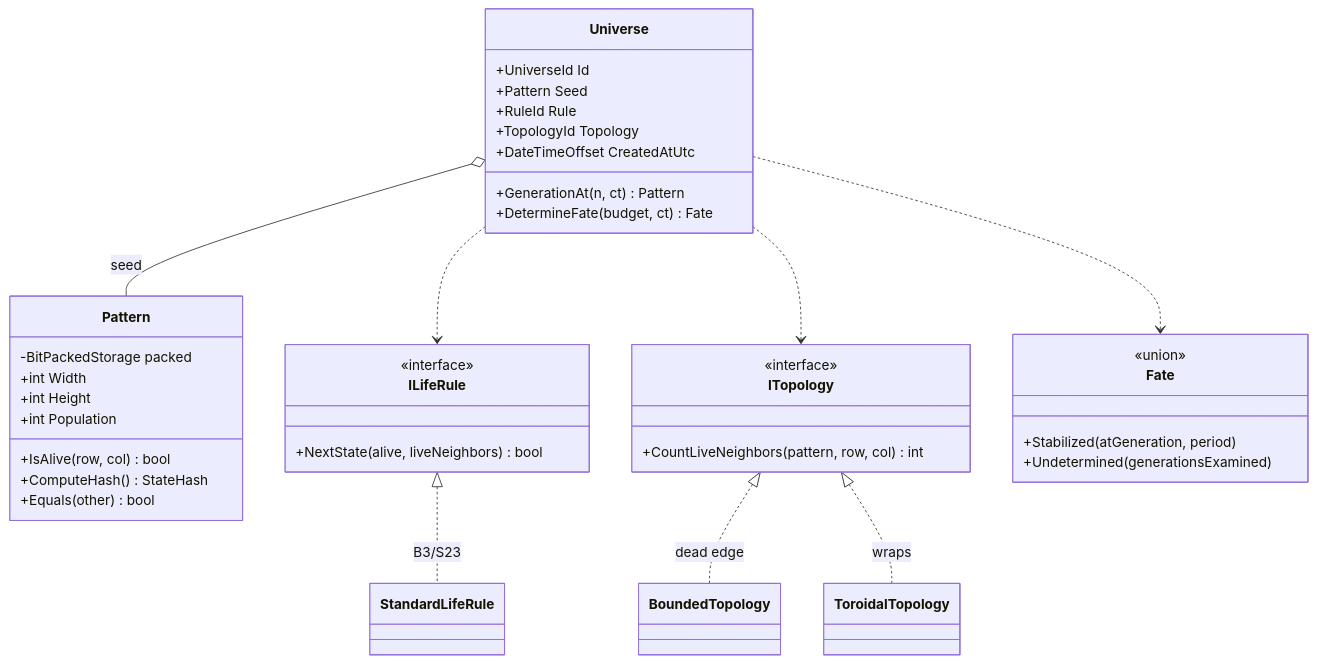
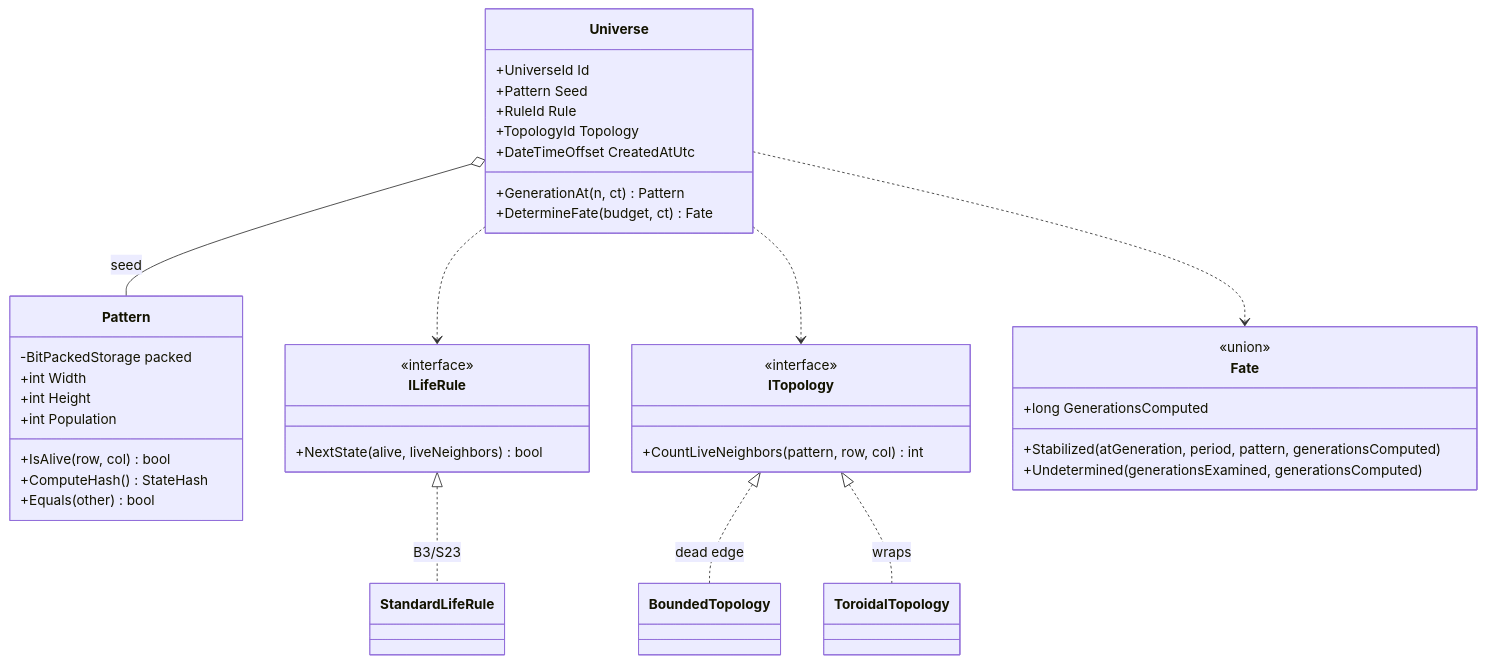
One commit to nksimmons/conways-game-of-life-api changed the second of 8 diagrams in docs/design.md. Above: the diagram before and after it, drawn with Mermaid. The commit also changed other lines of this file and 80 other files, not shown here.

First line of the commit message:
docs: record why Pattern is not called GenerationSnapshot

````diff
--- a/docs/design.md
+++ b/docs/design.md
@@ -171,41 +171,42 @@
 ```mermaid
 classDiagram
     class Universe {
         +UniverseId Id
         +Pattern Seed
         +RuleId Rule
         +TopologyId Topology
         +DateTimeOffset CreatedAtUtc
         +GenerationAt(n, ct) Pattern
         +DetermineFate(budget, ct) Fate
     }
     class Pattern {
         -BitPackedStorage packed
         +int Width
         +int Height
         +int Population
         +IsAlive(row, col) bool
         +ComputeHash() StateHash
         +Equals(other) bool
     }
     class ILifeRule {
         <<interface>>
         +NextState(alive, liveNeighbors) bool
     }
     class ITopology {
         <<interface>>
         +CountLiveNeighbors(pattern, row, col) int
     }
     class Fate {
         <<union>>
-        +Stabilized(atGeneration, period)
-        +Undetermined(generationsExamined)
+        +long GenerationsComputed
+        +Stabilized(atGeneration, period, pattern, generationsComputed)
+        +Undetermined(generationsExamined, generationsComputed)
     }
     Universe o-- Pattern : seed
     Universe ..> ILifeRule
     Universe ..> ITopology
     Universe ..> Fate
     ILifeRule <|.. StandardLifeRule : B3/S23
     ITopology <|.. BoundedTopology : dead edge
     ITopology <|.. ToroidalTopology : wraps
 ```
````
